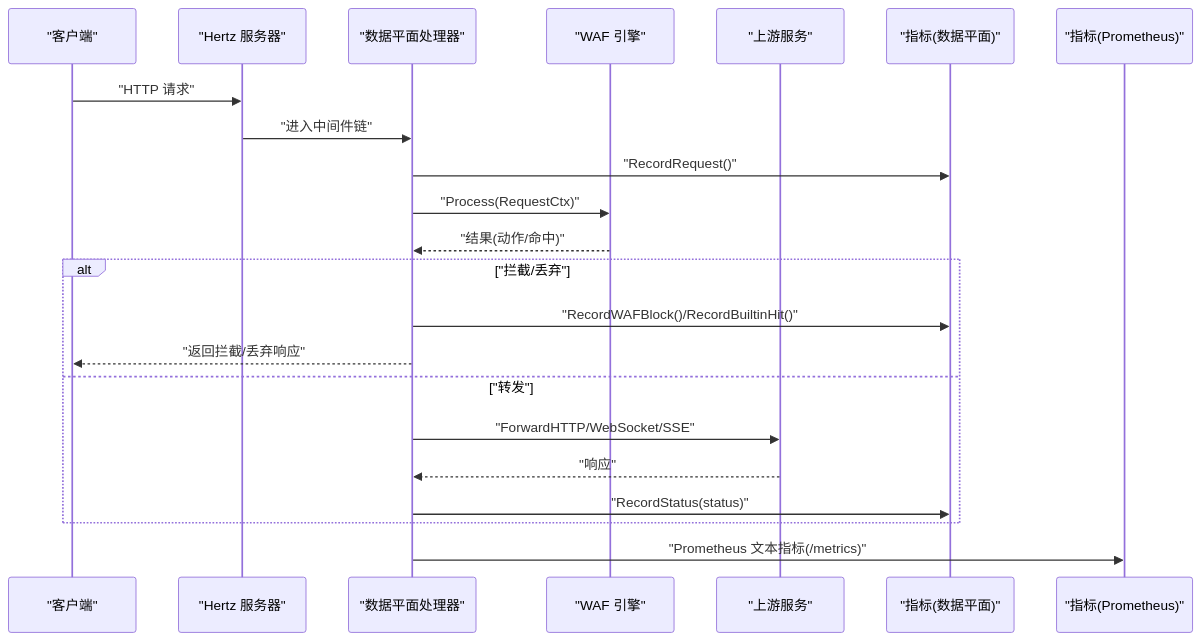
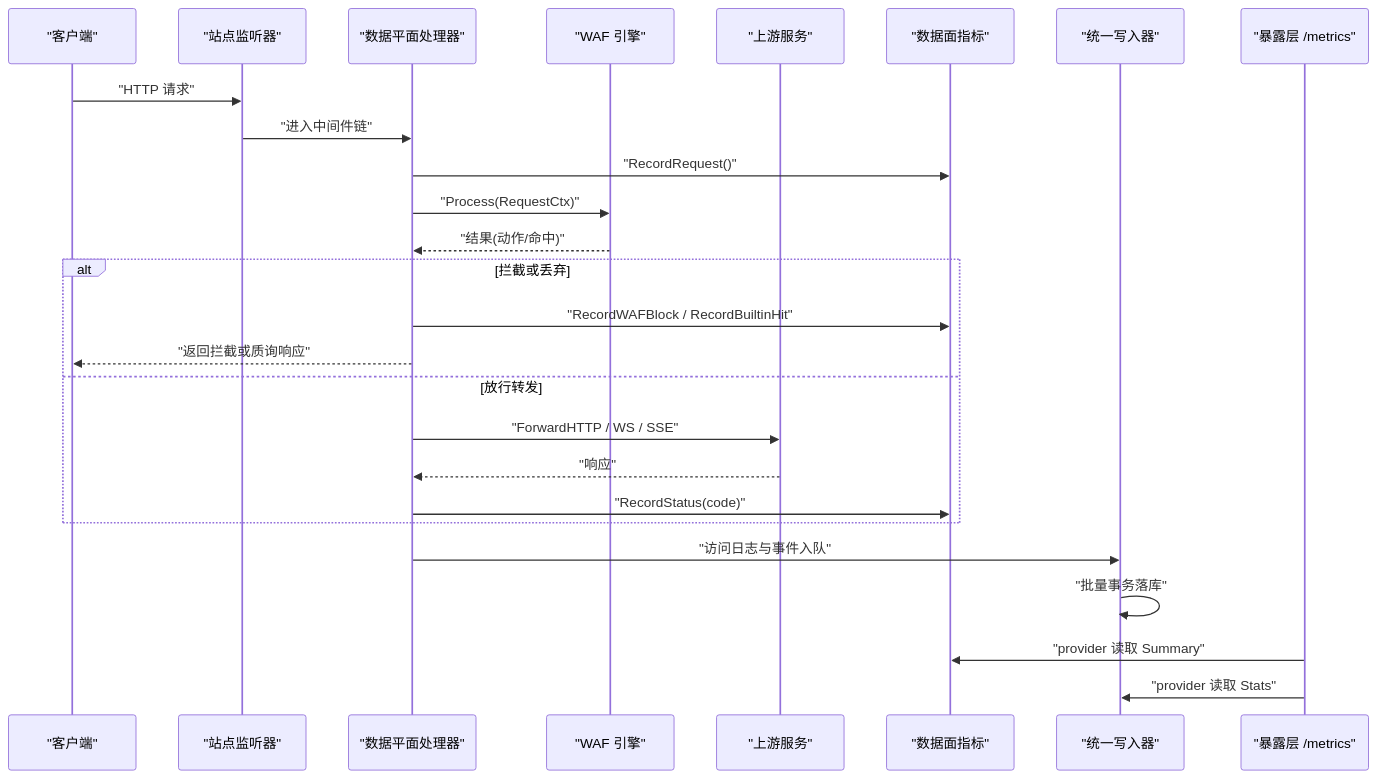
The second of 12 diagrams in docs/数据平面处理/性能监控与调优.md (x01n/My-OpenWaf), drawn with Mermaid before and after one commit. The commit also changed other lines of this file and 622 other files, not shown here.

````diff
--- a/docs/数据平面处理/性能监控与调优.md
+++ b/docs/数据平面处理/性能监控与调优.md
@@ -121,24 +138,28 @@
 ```mermaid
 sequenceDiagram
 participant Client as "客户端"
-participant Hertz as "Hertz 服务器"
+participant Hertz as "站点监听器"
 participant DP as "数据平面处理器"
 participant Eng as "WAF 引擎"
 participant Up as "上游服务"
-participant Met as "指标(数据平面)"
-participant Prom as "指标(Prometheus)"
+participant Met as "数据面指标"
+participant W as "统一写入器"
+participant Prom as "暴露层 /metrics"
 Client->>Hertz : "HTTP 请求"
 Hertz->>DP : "进入中间件链"
 DP->>Met : "RecordRequest()"
 DP->>Eng : "Process(RequestCtx)"
 Eng-->>DP : "结果(动作/命中)"
-alt "拦截/丢弃"
-DP->>Met : "RecordWAFBlock()/RecordBuiltinHit()"
-DP-->>Client : "返回拦截/丢弃响应"
-else "转发"
-DP->>Up : "ForwardHTTP/WebSocket/SSE"
+alt 拦截或丢弃
+DP->>Met : "RecordWAFBlock / RecordBuiltinHit"
+DP-->>Client : "返回拦截或质询响应"
+else 放行转发
+DP->>Up : "ForwardHTTP / WS / SSE"
 Up-->>DP : "响应"
-DP->>Met : "RecordStatus(status)"
+DP->>Met : "RecordStatus(code)"
 end
-DP->>Prom : "Prometheus 文本指标(/metrics)"
+DP->>W : "访问日志与事件入队"
+W->>W : "批量事务落库"
+Prom->>Met : "provider 读取 Summary"
+Prom->>W : "provider 读取 Stats"
 ```
````
